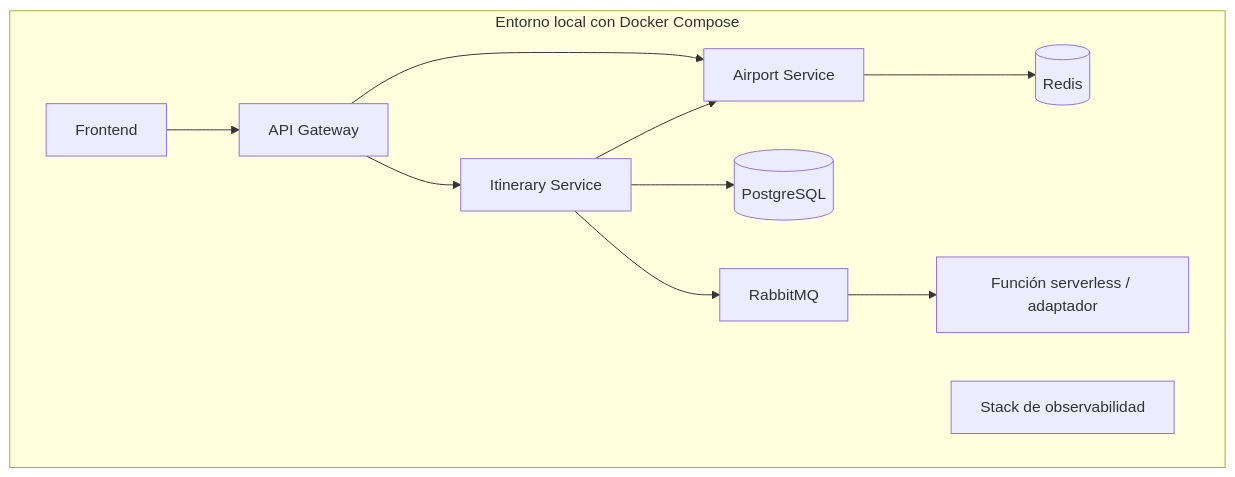
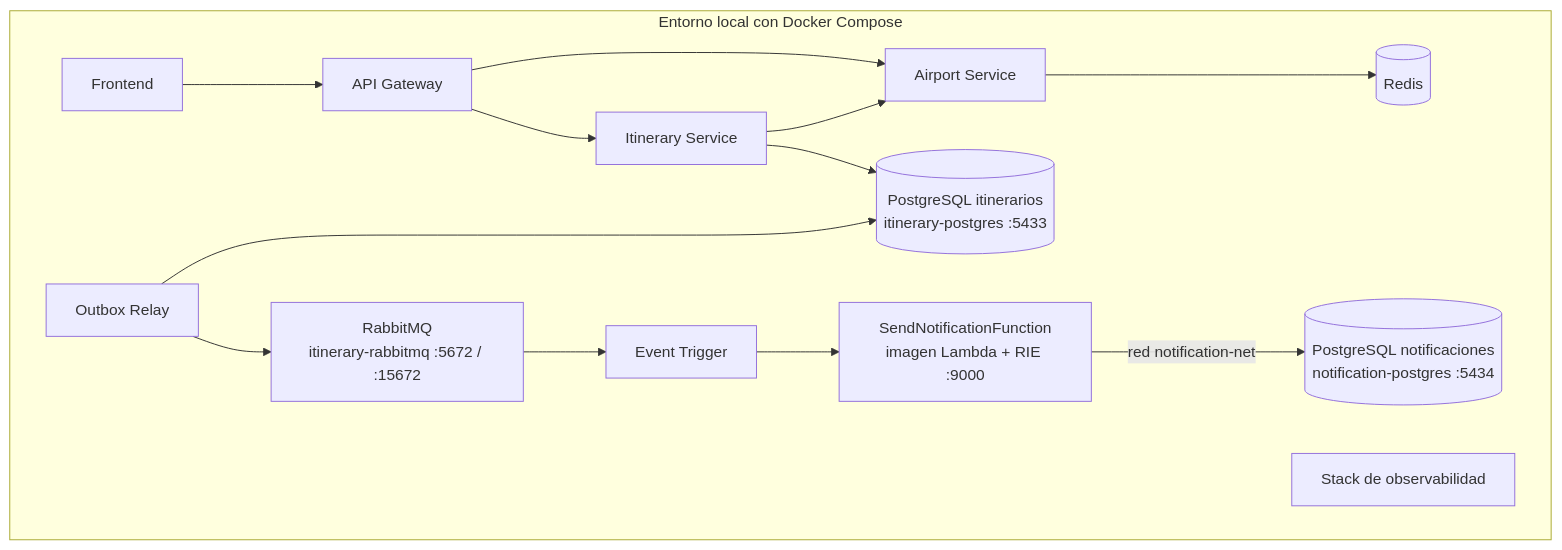
The sixth of 6 diagrams in docs/05-diagramas.md (JUANGR12192004/sistema-itinerarios-personales), drawn with Mermaid before and after one commit. The commit also changed other lines of this file and 11 other files, not shown here.

Commit message:
docs: documenta la Fase 6 (FaaS, Event Trigger, DLQ, orden de arranque y demostración de punta a punta)

````diff
--- a/docs/05-diagramas.md
+++ b/docs/05-diagramas.md
@@ -184,23 +265,29 @@
 ```mermaid
 flowchart TB
     subgraph Local["Entorno local con Docker Compose"]
         FRONT[Frontend]
         GATE[API Gateway]
         AIR[Airport Service]
         ITIN[Itinerary Service]
-        PG[(PostgreSQL)]
+        PG[("PostgreSQL itinerarios<br/>itinerary-postgres :5433")]
         RED[(Redis)]
-        RAB[RabbitMQ]
-        NOTIF[Función serverless / adaptador]
+        RAB["RabbitMQ<br/>itinerary-rabbitmq :5672 / :15672"]
+        RELAY[Outbox Relay]
+        TRIG[Event Trigger]
+        FUNC["SendNotificationFunction<br/>imagen Lambda + RIE :9000"]
+        NPG[("PostgreSQL notificaciones<br/>notification-postgres :5434")]
         OBS[Stack de observabilidad]
 
         FRONT --> GATE
         GATE --> AIR
         GATE --> ITIN
         ITIN --> PG
         ITIN --> AIR
         AIR --> RED
-        ITIN --> RAB
-        RAB --> NOTIF
+        RELAY --> PG
+        RELAY --> RAB
+        RAB --> TRIG
+        TRIG --> FUNC
+        FUNC -->|red notification-net| NPG
     end
 ```
````
